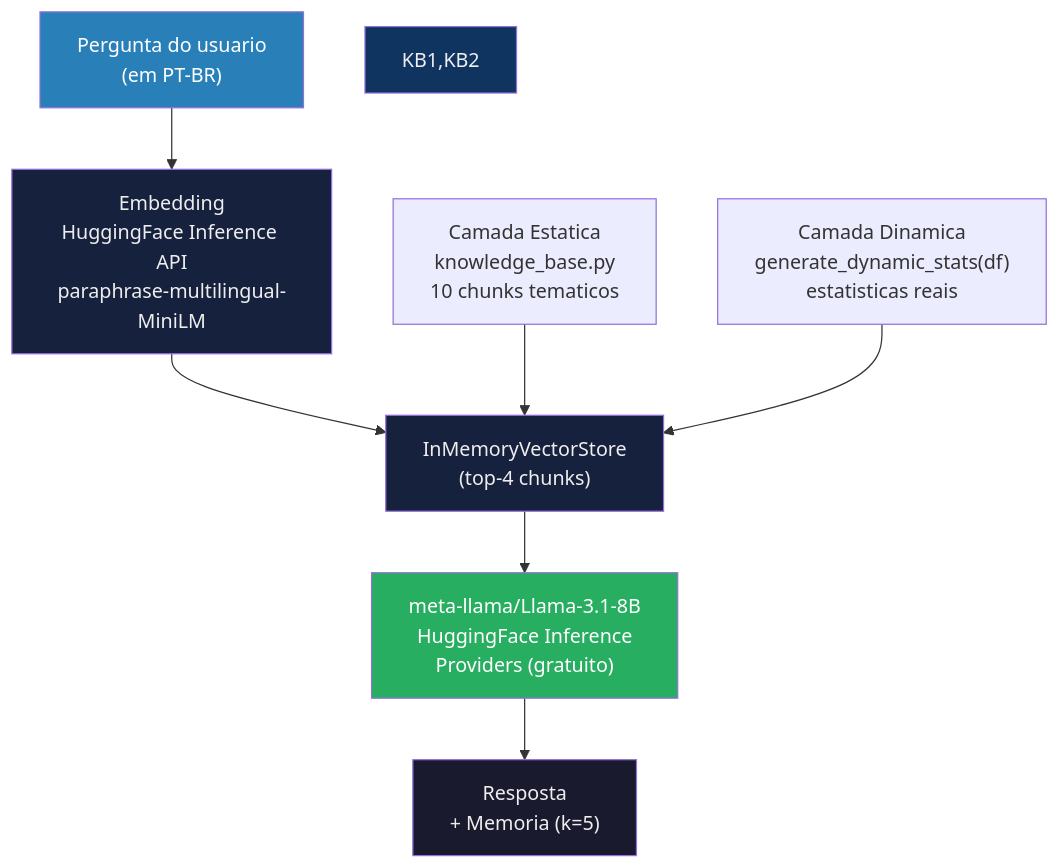
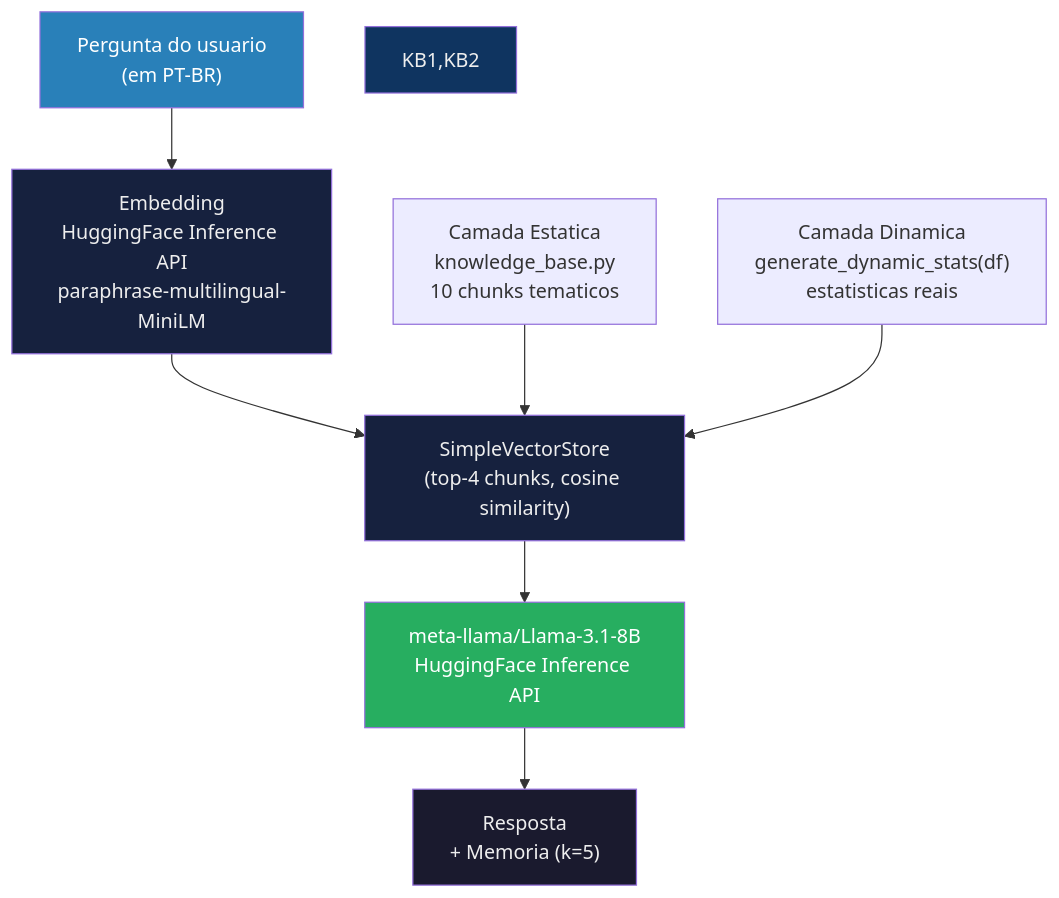
One commit to cavalcanteprofissional/sanova-micromedicao-dashboard changed the fourth of 5 diagrams in README.md. Above: the diagram before and after it, drawn with Mermaid. The commit also changed other lines of this file and 5 other files, not shown here.

````diff
--- a/README.md
+++ b/README.md
@@ -170,18 +170,18 @@
 ```mermaid
 flowchart TD
     Q["Pergunta do usuario\n(em PT-BR)"]
         --> EMB["Embedding\nHuggingFace Inference API\nparaphrase-multilingual-MiniLM"]
-        --> VEC["InMemoryVectorStore\n(top-4 chunks)"]
-        --> LLM["meta-llama/Llama-3.1-8B\nHuggingFace Inference\nProviders (gratuito)"]
+        --> VEC["SimpleVectorStore\n(top-4 chunks, cosine similarity)"]
+        --> LLM["meta-llama/Llama-3.1-8B\nHuggingFace Inference API"]
         --> A["Resposta\n+ Memoria (k=5)"]
 
     KB1["Camada Estatica\nknowledge_base.py\n10 chunks tematicos"] --> VEC
     KB2["Camada Dinamica\ngenerate_dynamic_stats(df)\nestatisticas reais"] --> VEC
 
     style Q fill:#2980B9,color:#fff
     style EMB fill:#16213e,color:#eee
     style VEC fill:#16213e,color:#eee
     style LLM fill:#27AE60,color:#fff
     style A fill:#1a1a2e,color:#eee
     style KB1,KB2 fill:#0f3460,color:#eee
 ```
````
